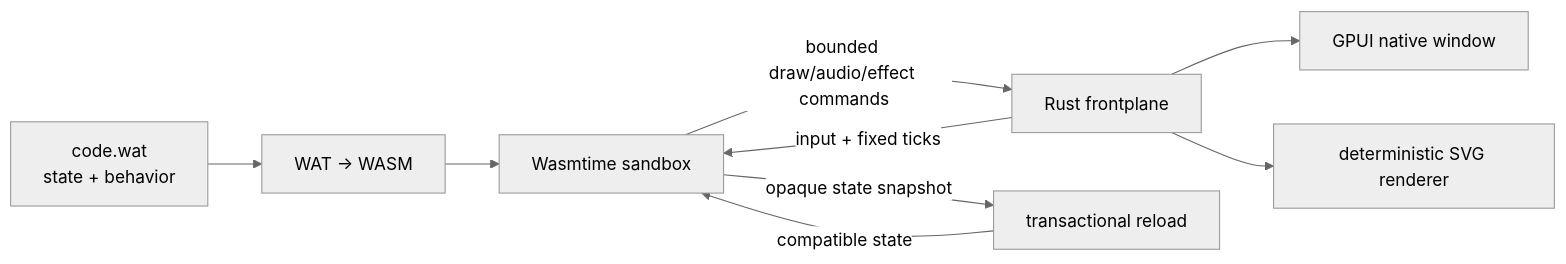
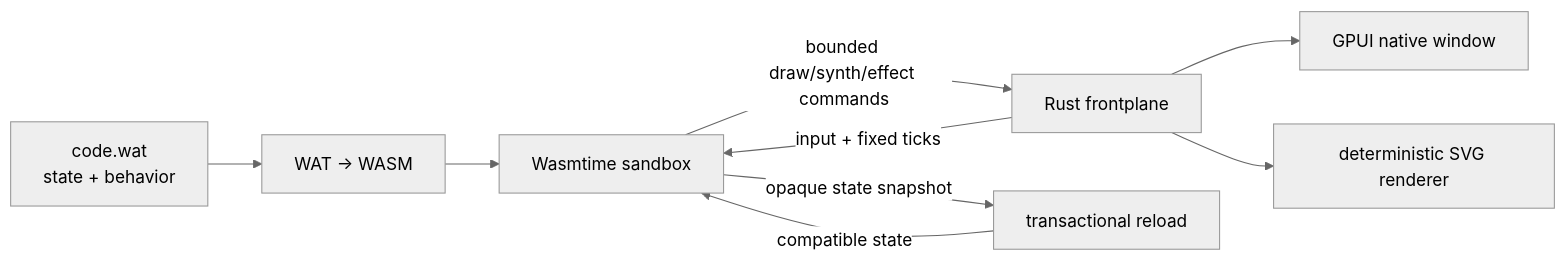
One commit to pmarreck/aedicule changed the diagram in README.md. Above: the diagram before and after it, drawn with Mermaid (neutral theme). The commit also changed other lines of this file and 14 other files, not shown here.

````diff
--- a/README.md
+++ b/README.md
@@ -65,11 +66,11 @@
 ```mermaid
 flowchart LR
 	WAT["code.wat<br/>state + behavior"] --> COMPILE["WAT → WASM"]
 	COMPILE --> VM["Wasmtime sandbox"]
 	HOST["Rust frontplane"] -->|"input + fixed ticks"| VM
-	VM -->|"bounded draw/audio/effect commands"| HOST
+	VM -->|"bounded draw/synth/effect commands"| HOST
 	VM -->|"opaque state snapshot"| RELOAD["transactional reload"]
 	RELOAD -->|"compatible state"| VM
 	HOST --> GPUI["GPUI native window"]
 	HOST --> HEADLESS["deterministic SVG renderer"]
 ```
````
